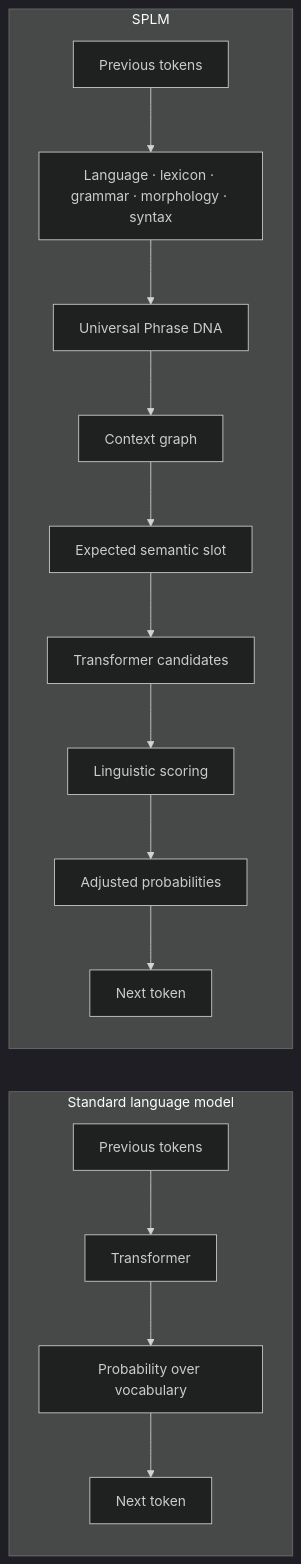
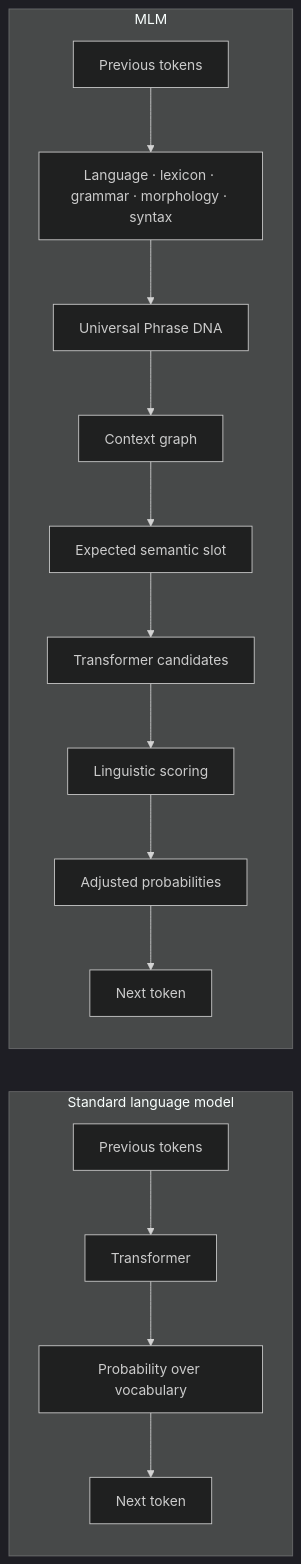
One commit to Sherlock2019/NPLM-Next-Phrase-language-model- changed the first of 2 diagrams in README.md. Above: the diagram before and after it, drawn with Mermaid (dark theme). The commit also changed other lines of this file and 31 other files, not shown here.

````diff
--- a/README.md
+++ b/README.md
@@ -38,18 +38,18 @@
 ```mermaid
 flowchart LR
   subgraph base["Standard language model"]
     direction TB
     b1[Previous tokens] --> b2[Transformer] --> b3[Probability over vocabulary] --> b4[Next token]
   end
 
-  subgraph splm["SPLM"]
+  subgraph splm["MLM"]
     direction TB
     s1[Previous tokens] --> s2[Language · lexicon · grammar · morphology · syntax]
     s2 --> s3[Universal Phrase DNA]
     s3 --> s4[Context graph]
     s4 --> s5[Expected semantic slot]
     s5 --> s6[Transformer candidates]
     s6 --> s7[Linguistic scoring]
     s7 --> s8[Adjusted probabilities] --> s9[Next token]
   end
 ```
````
